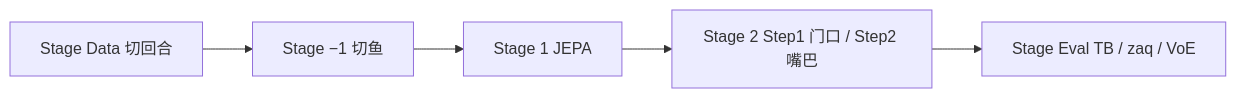
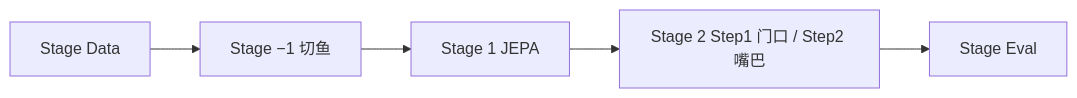
The second of 2 diagrams in AGENTS.md (MegaGimen/BIV), drawn with Mermaid before and after one commit. The commit also changed other lines of this file, not shown here.

First line of the commit message:
Restructure AGENTS.md: goal, architecture, stages, papers as separate chapters.

````diff
--- a/AGENTS.md
+++ b/AGENTS.md
@@ -256,8 +156,7 @@
 ```mermaid
 flowchart LR
-    SD["Stage Data 切回合"]
-    SD --> SM["Stage −1 切鱼"]
+    SD["Stage Data"] --> SM["Stage −1 切鱼"]
     SM --> S1["Stage 1 JEPA"]
     S1 --> S2["Stage 2 Step1 门口 / Step2 嘴巴"]
-    S2 --> EV["Stage Eval TB / zaq / VoE"]
+    S2 --> EV["Stage Eval"]
 ```
````
